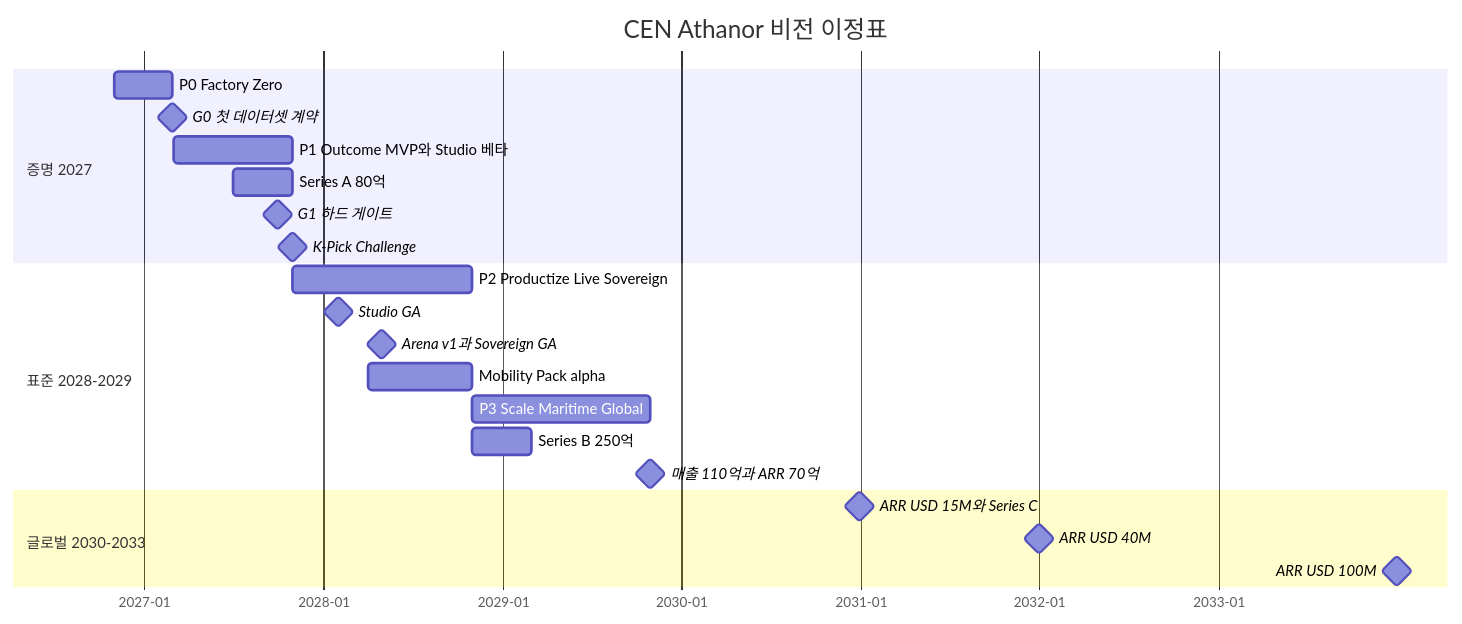
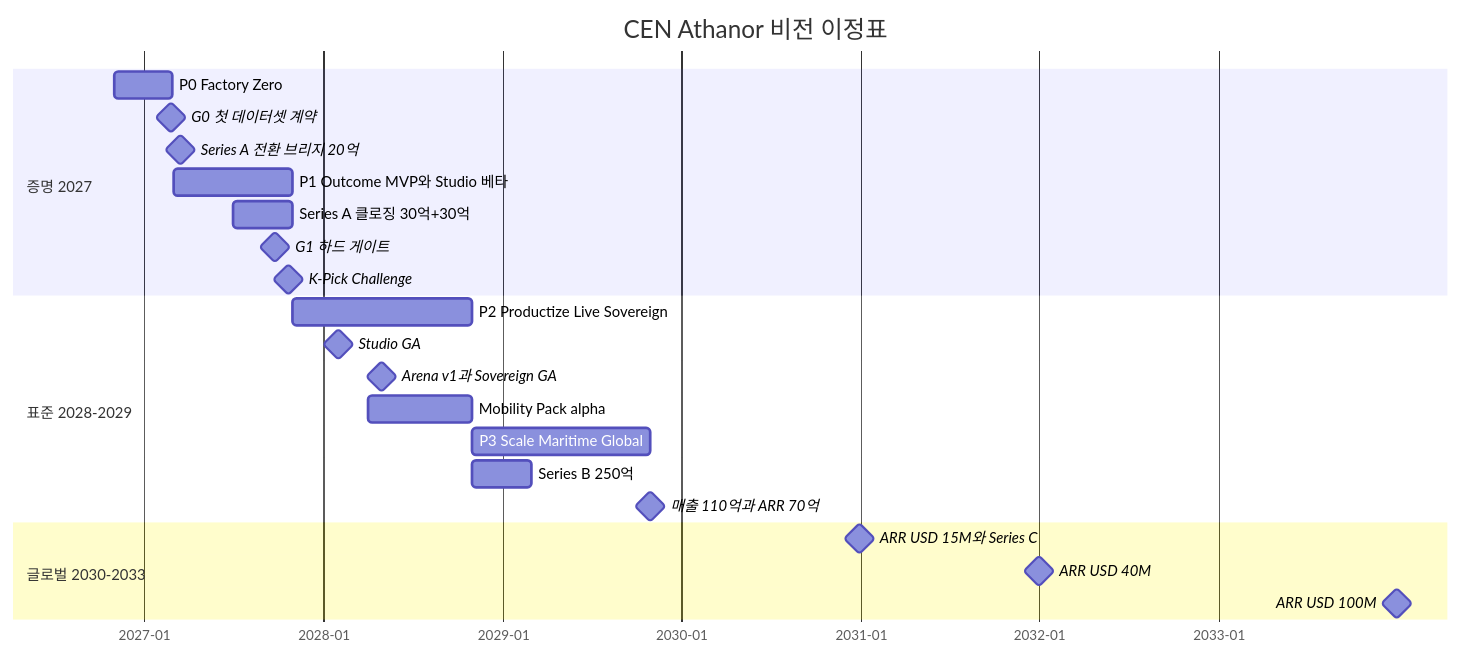
Before and after one commit to ouremployeeces-ship-it/AIResearch: the fifth of 5 diagrams in docs/digital-twin-platform/01-vision-positioning.md, drawn with Mermaid. The commit also changed other lines of this file and 14 other files, not shown here.

````diff
--- a/docs/digital-twin-platform/01-vision-positioning.md
+++ b/docs/digital-twin-platform/01-vision-positioning.md
@@ -478,25 +504,26 @@
 ```mermaid
 gantt
     title CEN Athanor 비전 이정표
     dateFormat YYYY-MM-DD
     axisFormat %Y-%m
     section 증명 2027
     P0 Factory Zero                 :p0, 2026-11-01, 2027-02-28
-    G0 첫 데이터셋 계약             :milestone, 2027-02-28, 0d
+    G0 첫 데이터셋 계약             :milestone, 2027-02-26, 0d
+    Series A 전환 브리지 20억        :milestone, 2027-03-15, 0d
     P1 Outcome MVP와 Studio 베타    :p1, 2027-03-01, 2027-10-31
-    Series A 80억                   :sa, 2027-07-01, 2027-10-31
-    G1 하드 게이트                  :milestone, 2027-09-30, 0d
-    K-Pick Challenge                :milestone, 2027-10-31, 0d
+    Series A 클로징 30억+30억        :sa, 2027-07-01, 2027-10-31
+    G1 하드 게이트                  :milestone, 2027-09-24, 0d
+    K-Pick Challenge                :milestone, 2027-10-22, 0d
     section 표준 2028-2029
     P2 Productize Live Sovereign    :p2, 2027-11-01, 2028-10-31
     Studio GA                       :milestone, 2028-01-31, 0d
     Arena v1과 Sovereign GA         :milestone, 2028-04-30, 0d
     Mobility Pack alpha             :mp, 2028-04-01, 2028-10-31
     P3 Scale Maritime Global        :p3, 2028-11-01, 2029-10-31
     Series B 250억                  :sb, 2028-11-01, 2029-02-28
     매출 110억과 ARR 70억           :milestone, 2029-10-31, 0d
     section 글로벌 2030-2033
     ARR USD 15M와 Series C          :milestone, 2030-12-31, 0d
     ARR USD 40M                     :milestone, 2031-12-31, 0d
     ARR USD 100M                    :milestone, 2033-12-31, 0d
 ```
````
